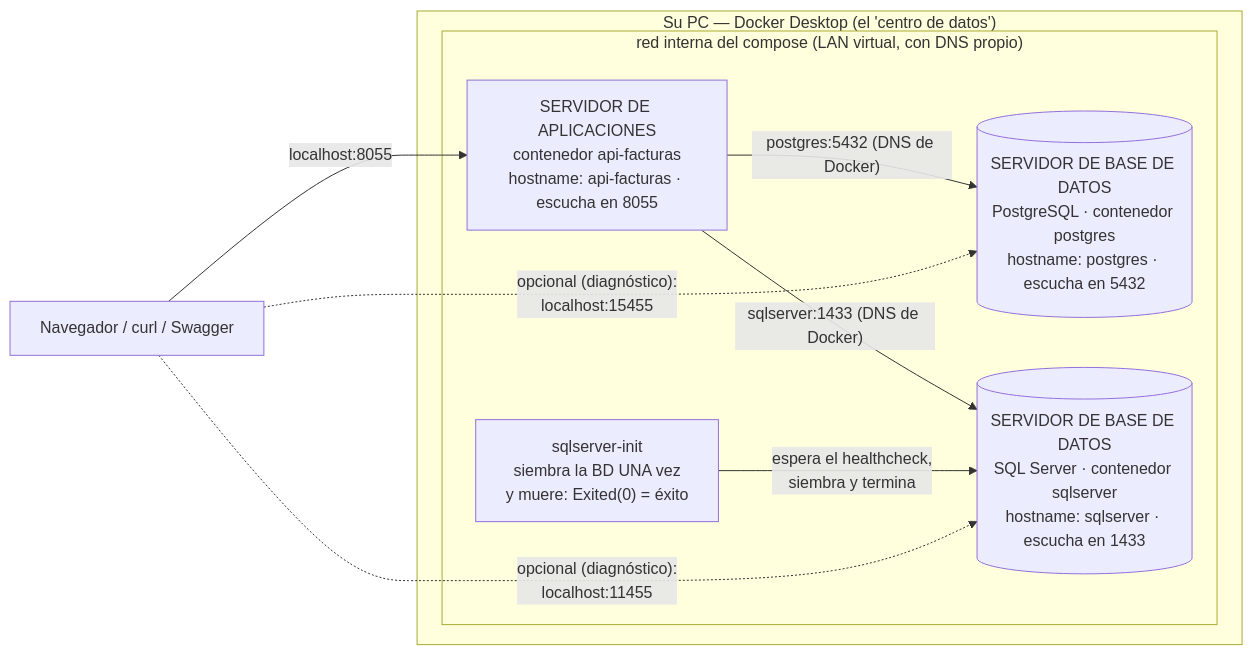
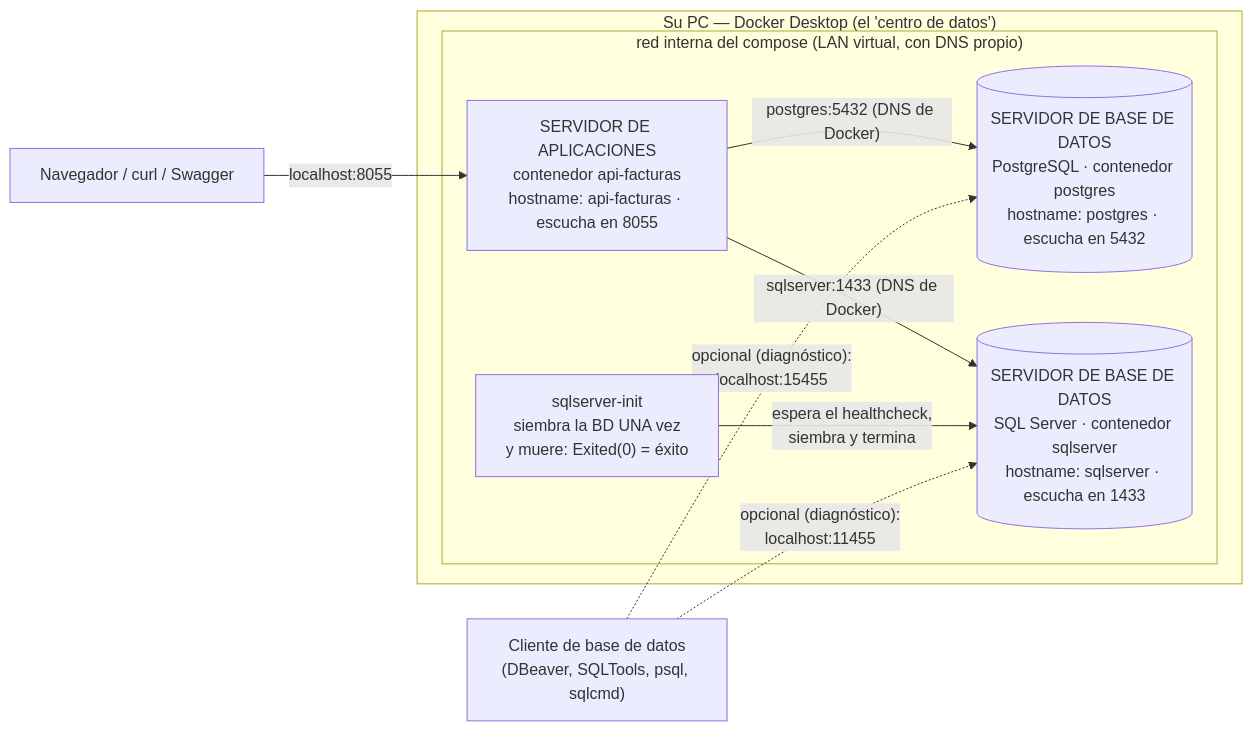
The first of 2 diagrams in docs/CONCEPTOS_DOCKER.md (ccastro2050/proyecto_diseno_de_software4), drawn with Mermaid before and after one commit. The commit also changed other lines of this file, not shown here.

First line of the commit message:
docs(docker): el diagrama sale del docker-compose real, y ninguna flecha miente

````diff
--- a/docs/CONCEPTOS_DOCKER.md
+++ b/docs/CONCEPTOS_DOCKER.md
@@ -195,18 +195,19 @@
 ```mermaid
 flowchart LR
     NAV["Navegador / curl / Swagger"]
+    CLIENTE["Cliente de base de datos<br/>(DBeaver, SQLTools, psql, sqlcmd)"]
     subgraph PC["Su PC — Docker Desktop (el 'centro de datos')"]
         subgraph RED["red interna del compose (LAN virtual, con DNS propio)"]
             APIFACTURAS["SERVIDOR DE APLICACIONES<br/>contenedor api-facturas<br/>hostname: api-facturas · escucha en 8055"]
+            SQLSERVERINIT["sqlserver-init<br/>siembra la BD UNA vez<br/>y muere: Exited(0) = éxito"]
             POSTGRES[("SERVIDOR DE BASE DE DATOS<br/>PostgreSQL · contenedor postgres<br/>hostname: postgres · escucha en 5432")]
             SQLSERVER[("SERVIDOR DE BASE DE DATOS<br/>SQL Server · contenedor sqlserver<br/>hostname: sqlserver · escucha en 1433")]
-            SQLSERVERINIT["sqlserver-init<br/>siembra la BD UNA vez<br/>y muere: Exited(0) = éxito"]
         end
     end
     NAV -->|"localhost:8055"| APIFACTURAS
     APIFACTURAS -->|"postgres:5432 (DNS de Docker)"| POSTGRES
     APIFACTURAS -->|"sqlserver:1433 (DNS de Docker)"| SQLSERVER
     SQLSERVERINIT -->|"espera el healthcheck,<br/>siembra y termina"| SQLSERVER
-    NAV -.->|"opcional (diagnóstico):<br/>localhost:15455"| POSTGRES
-    NAV -.->|"opcional (diagnóstico):<br/>localhost:11455"| SQLSERVER
+    CLIENTE -.->|"opcional (diagnóstico):<br/>localhost:15455"| POSTGRES
+    CLIENTE -.->|"opcional (diagnóstico):<br/>localhost:11455"| SQLSERVER
 ```
````
